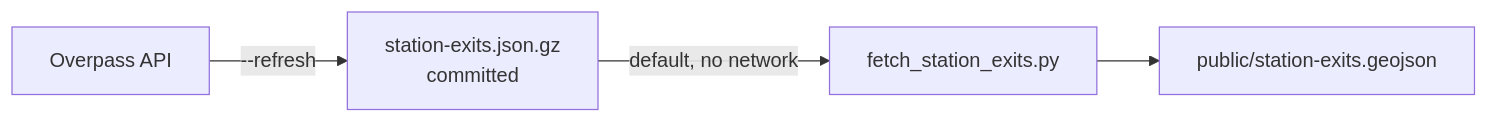
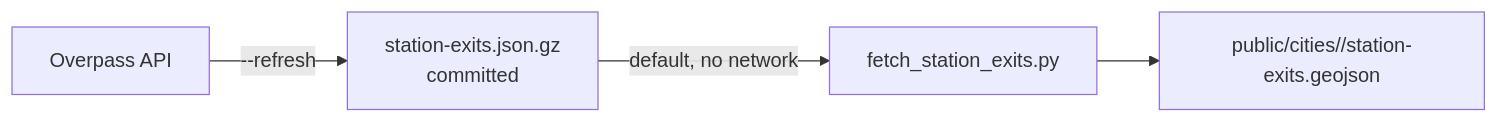
Before and after one commit to robogeosociety/walksheds: the diagram in wiki/codex/docs/data/station-exits.md, drawn with Mermaid. The commit also changed other lines of this file and 1279 other files, not shown here.

````diff
--- a/wiki/codex/docs/data/station-exits.md
+++ b/wiki/codex/docs/data/station-exits.md
@@ -9,6 +9,6 @@
 ```mermaid
 flowchart LR
   OVP[Overpass API] -->|--refresh| DUMP[station-exits.json.gz<br/>committed]
   DUMP -->|default, no network| BUILD[fetch_station_exits.py]
-  BUILD --> GEO[public/station-exits.geojson]
+  BUILD --> GEO[public/cities/<slug>/station-exits.geojson]
 ```
````
